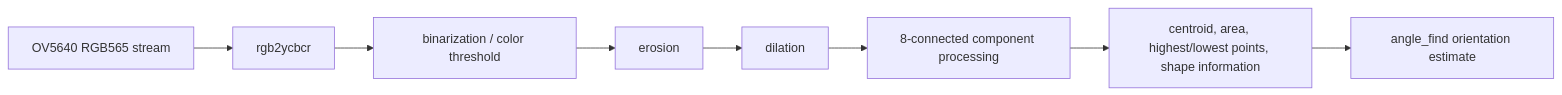
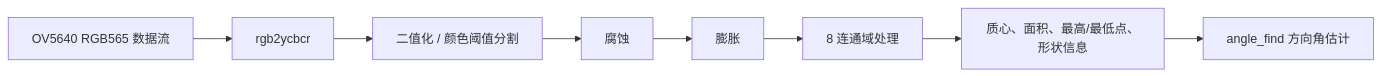
One commit to WangBaren02/Image-acquisition-and-recognition-robotic-arm-analysis-and-control-system-based-on-FPGA changed the second of 2 diagrams in README.md. Above: the diagram before and after it, drawn with Mermaid. The commit also changed other lines of this file, not shown here.

````diff
--- a/README.md
+++ b/README.md
@@ -58,10 +58,10 @@
 ```mermaid
 flowchart LR
-    A[OV5640 RGB565 stream] --> B[rgb2ycbcr]
-    B --> C[binarization / color threshold]
-    C --> D[erosion]
-    D --> E[dilation]
-    E --> F[8-connected component processing]
-    F --> G[centroid, area, highest/lowest points, shape information]
-    G --> H[angle_find orientation estimate]
+    A[OV5640 RGB565 数据流] --> B[rgb2ycbcr]
+    B --> C[二值化 / 颜色阈值分割]
+    C --> D[腐蚀]
+    D --> E[膨胀]
+    E --> F[8 连通域处理]
+    F --> G[质心、面积、最高/最低点、形状信息]
+    G --> H[angle_find 方向角估计]
 ```
````
